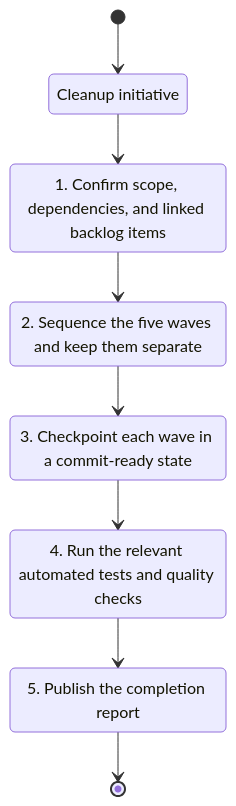
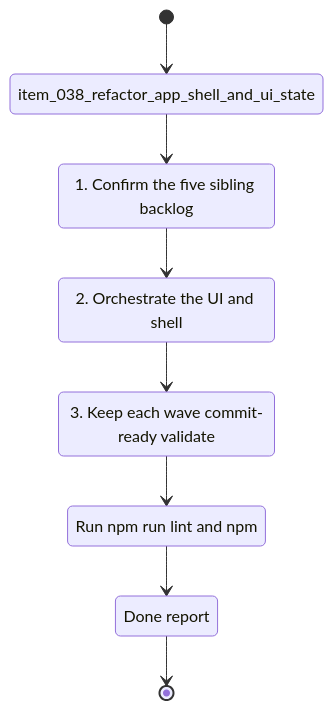
The diagram in logics/tasks/task_016_orchestrate_technical_debt_cleanup_waves.md (AlexAgo83/deepvault), drawn with Mermaid before and after one commit. The commit also changed 57 other files, not shown here.

````diff
--- a/logics/tasks/task_016_orchestrate_technical_debt_cleanup_waves.md
+++ b/logics/tasks/task_016_orchestrate_technical_debt_cleanup_waves.md
@@ -22,18 +22,18 @@
 ```mermaid
 %% logics-kind: task
 %% logics-signature: task|orchestrate-technical-debt-cleanup-waves|item-038-refactor-app-shell-and-ui-state|1-confirm-the-five-sibling-backlog|run-npm-run-lint-and-npm
 stateDiagram-v2
-    state "Cleanup initiative" as Backlog
-    state "1. Confirm scope, dependencies, and linked backlog items" as Scope
-    state "2. Sequence the five waves and keep them separate" as Build
-    state "3. Checkpoint each wave in a commit-ready state" as Verify
-    state "4. Run the relevant automated tests and quality checks" as Validation
-    state "5. Publish the completion report" as Report
+    state "item_038_refactor_app_shell_and_ui_state" as Backlog
+    state "1. Confirm the five sibling backlog" as Scope
+    state "2. Orchestrate the UI and shell" as Build
+    state "3. Keep each wave commit-ready validate" as Verify
+    state "Run npm run lint and npm" as Validation
+    state "Done report" as Report
     [*] --> Backlog
     Backlog --> Scope
     Scope --> Build
     Build --> Verify
     Verify --> Validation
     Validation --> Report
     Report --> [*]
 ```
````
